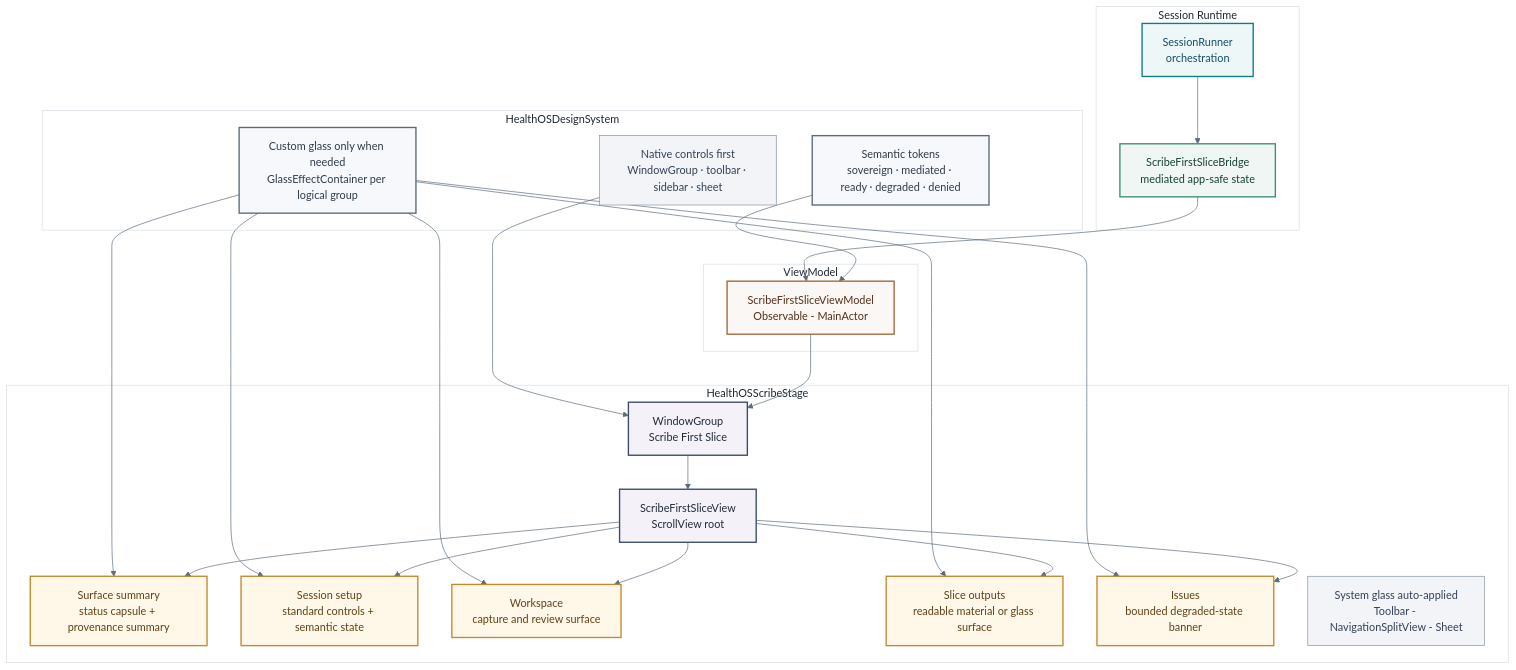
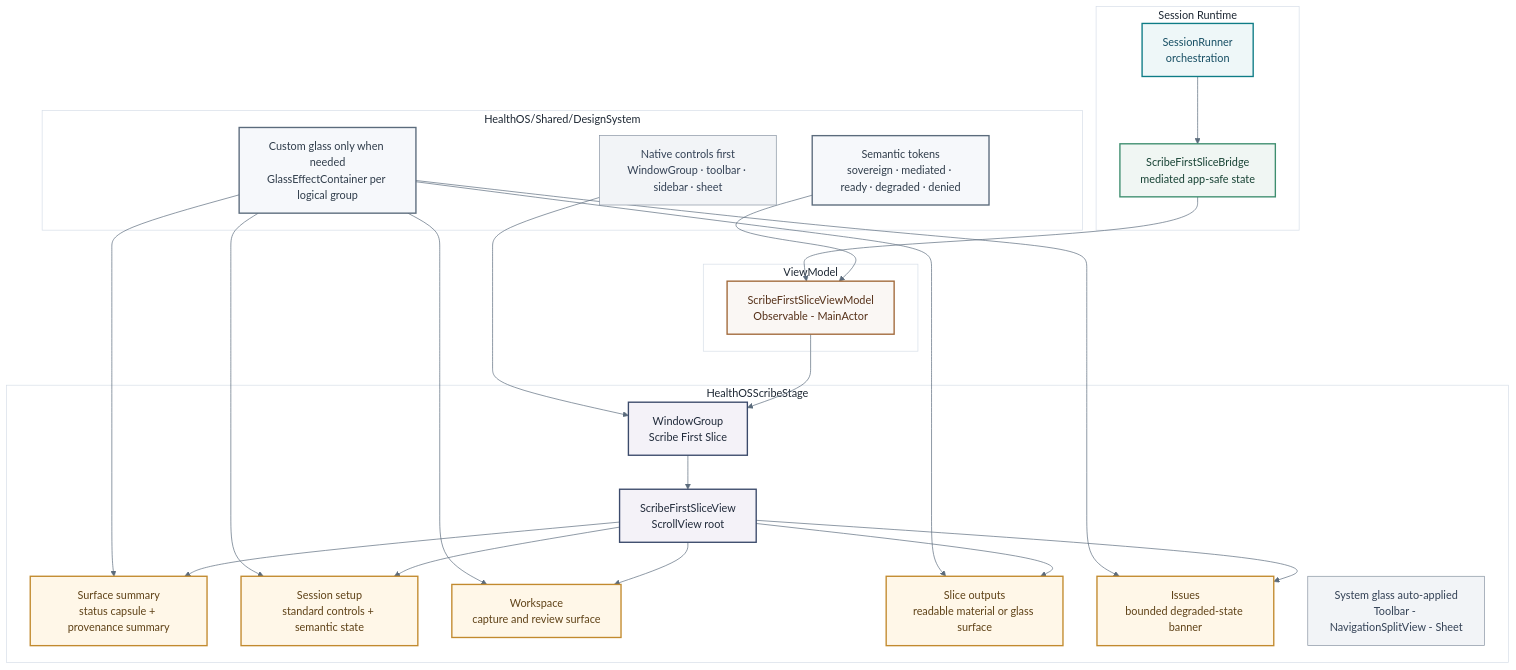
The fifth of 12 diagrams in README.md (myselfgus/HealthOScaffold), drawn with Mermaid before and after one commit. The commit also changed other lines of this file and 30 other files, not shown here.

````diff
--- a/README.md
+++ b/README.md
@@ -346,54 +346,54 @@
 ```mermaid
 %%{init: {'theme': 'base', 'themeVariables': {'primaryColor': '#F6F8FB', 'primaryBorderColor': '#D6DEE8', 'primaryTextColor': '#1D2733', 'clusterBkg': '#FFFFFF', 'clusterBorder': '#D6DEE8', 'titleColor': '#1D2733', 'lineColor': '#5B6B7C', 'edgeLabelBackground': '#F6F8FB', 'fontFamily': 'ui-rounded, -apple-system, BlinkMacSystemFont, sans-serif'}}}%%
 graph TD
     classDef runtime fill:#EEF7F8,stroke:#0E7C86,stroke-width:2px,color:#164E63
     classDef bridge  fill:#F0F6F3,stroke:#3E8E6F,stroke-width:2px,color:#174234
     classDef vm      fill:#FAF7F4,stroke:#A1693A,stroke-width:2px,color:#553018
     classDef view    fill:#F4F2F8,stroke:#3B4A6B,stroke-width:2px,color:#202A3A
     classDef design  fill:#F6F8FB,stroke:#5B6B7C,stroke-width:2px,color:#2F3C4A
     classDef state   fill:#FFF7E8,stroke:#C28A2E,stroke-width:2px,color:#5F4217
     classDef sys     fill:#F2F4F7,stroke:#8793A1,stroke-width:1px,color:#334155
 
     subgraph RT["Session Runtime"]
         SRT[SessionRunner\norchestration]:::runtime
         BR[ScribeFirstSliceBridge\nmediated app-safe state]:::bridge
     end
 
     subgraph VM["ViewModel"]
         MVM[ScribeFirstSliceViewModel\nObservable - MainActor]:::vm
     end
 
-    subgraph DS["HealthOSDesignSystem"]
+    subgraph DS["HealthOS/Shared/DesignSystem"]
         TOK[Semantic tokens\nsovereign · mediated · ready · degraded · denied]:::design
         STD[Native controls first\nWindowGroup · toolbar · sidebar · sheet]:::sys
         CUS[Custom glass only when needed\nGlassEffectContainer per logical group]:::design
     end
 
     subgraph SCRIBEAPP["HealthOSScribeStage"]
         APP[WindowGroup\nScribe First Slice]:::view
         ROOT[ScribeFirstSliceView\nScrollView root]:::view
         C1[Surface summary\nstatus capsule + provenance summary]:::state
         C2[Session setup\nstandard controls + semantic state]:::state
         C3[Workspace\ncapture and review surface]:::state
         C4[Slice outputs\nreadable material or glass surface]:::state
         C5[Issues\nbounded degraded-state banner]:::state
         SYSGL[System glass auto-applied\nToolbar - NavigationSplitView - Sheet]:::sys
     end
 
     SRT --> BR
     BR --> MVM
     TOK --> MVM
     STD --> APP
     CUS --> C1
     CUS --> C2
     CUS --> C3
     CUS --> C4
     CUS --> C5
     MVM --> APP
     APP --> ROOT
     ROOT --> C1
     ROOT --> C2
     ROOT --> C3
     ROOT --> C4
     ROOT --> C5
 ```
````
